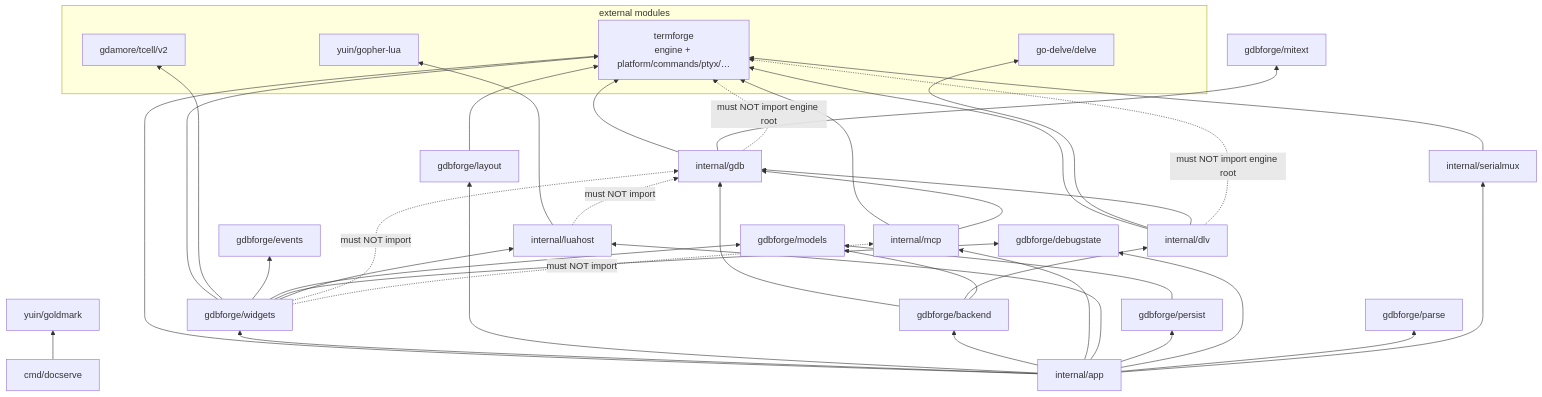
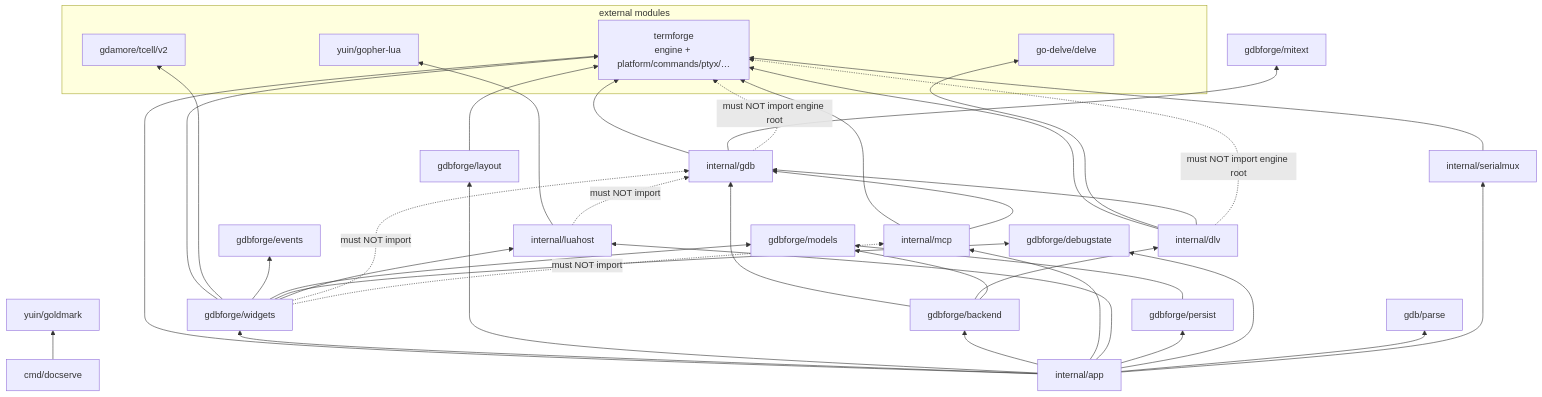
One commit to yairgd/gdbforge changed the diagram in docs/DEPENDENCIES.md. Above: the diagram before and after it, drawn with Mermaid. The commit also changed 23 other files, not shown here.

Commit message:
refactor(gdb): move parse package under internal/gdb

````diff
--- a/docs/DEPENDENCIES.md
+++ b/docs/DEPENDENCIES.md
@@ -96,69 +96,69 @@
 ```mermaid
 flowchart BT
     subgraph External["external modules"]
         termforge["termforge<br/>engine + platform/commands/ptyx/…"]
         tcell["gdamore/tcell/v2"]
         delve["go-delve/delve"]
         lua["yuin/gopher-lua"]
     end
 
     gdb["internal/gdb"]
     dlv["internal/dlv"]
     mcp["internal/mcp"]
     luahost["internal/luahost"]
     serialmux["internal/serialmux"]
 
     models["gdbforge/models"]
     mitext["gdbforge/mitext"]
-    parse["gdbforge/parse"]
+    parse["gdb/parse"]
     events["gdbforge/events"]
     debugstate["gdbforge/debugstate"]
     backend["gdbforge/backend"]
     widgets["gdbforge/widgets"]
     layoutpkg["gdbforge/layout"]
     persist["gdbforge/persist"]
 
     app["internal/app"]
     docserve["cmd/docserve"]
 
     gdb --> termforge
     dlv --> termforge
     dlv --> delve
     mcp --> termforge
     luahost --> lua
     serialmux --> termforge
     persist --> models
 
     widgets --> termforge
     widgets --> tcell
     widgets --> events
     widgets --> models
     widgets --> debugstate
     widgets --> luahost
     layoutpkg --> termforge
     backend --> gdb
     backend --> dlv
     backend --> models
     gdb --> mitext
     mcp --> gdb
     dlv --> gdb
 
     app --> termforge
     app --> widgets
     app --> layoutpkg
     app --> backend
     app --> mcp
     app --> luahost
     app --> persist
     app --> debugstate
     app --> parse
     app --> serialmux
 
     docserve --> goldmark["yuin/goldmark"]
 
     gdb -.->|"must NOT import engine root"| termforge
     dlv -.->|"must NOT import engine root"| termforge
     widgets -.->|"must NOT import"| gdb
     widgets -.->|"must NOT import"| mcp
     luahost -.->|"must NOT import"| gdb
 ```
````
